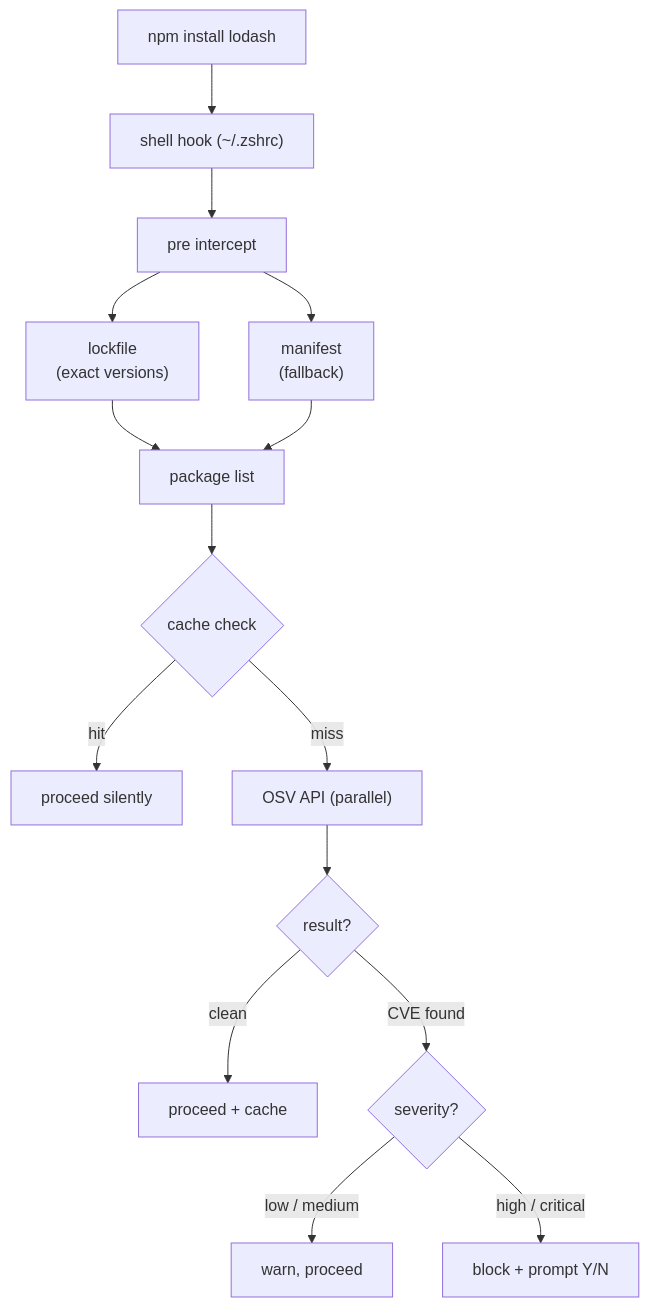
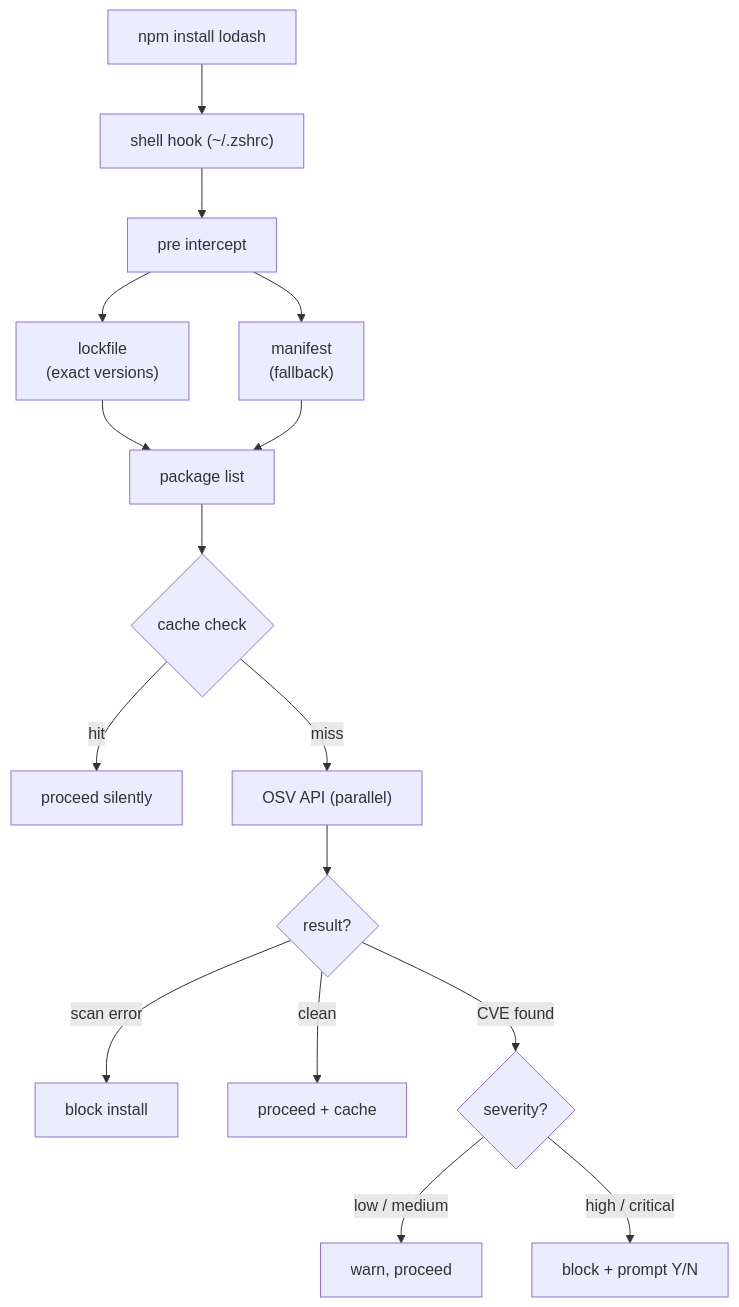
One commit to yowainwright/pre changed the first of 2 diagrams in README.md. Above: the diagram before and after it, drawn with Mermaid. The commit also changed other lines of this file and 42 other files, not shown here.

````diff
--- a/README.md
+++ b/README.md
@@ -86,17 +88,18 @@
 ```mermaid
 flowchart TD
     A["npm install lodash"] --> B["shell hook (~/.zshrc)"]
     B --> C["pre intercept"]
     C --> D["lockfile\n(exact versions)"]
     C --> E["manifest\n(fallback)"]
     D --> F["package list"]
     E --> F
     F --> G{"cache check"}
     G -->|hit| H["proceed silently"]
     G -->|miss| I["OSV API (parallel)"]
     I --> J{"result?"}
+    J -->|scan error| O["block install"]
     J -->|clean| K["proceed + cache"]
     J -->|CVE found| L{"severity?"}
     L -->|low / medium| M["warn, proceed"]
     L -->|high / critical| N["block + prompt Y/N"]
 ```
````
